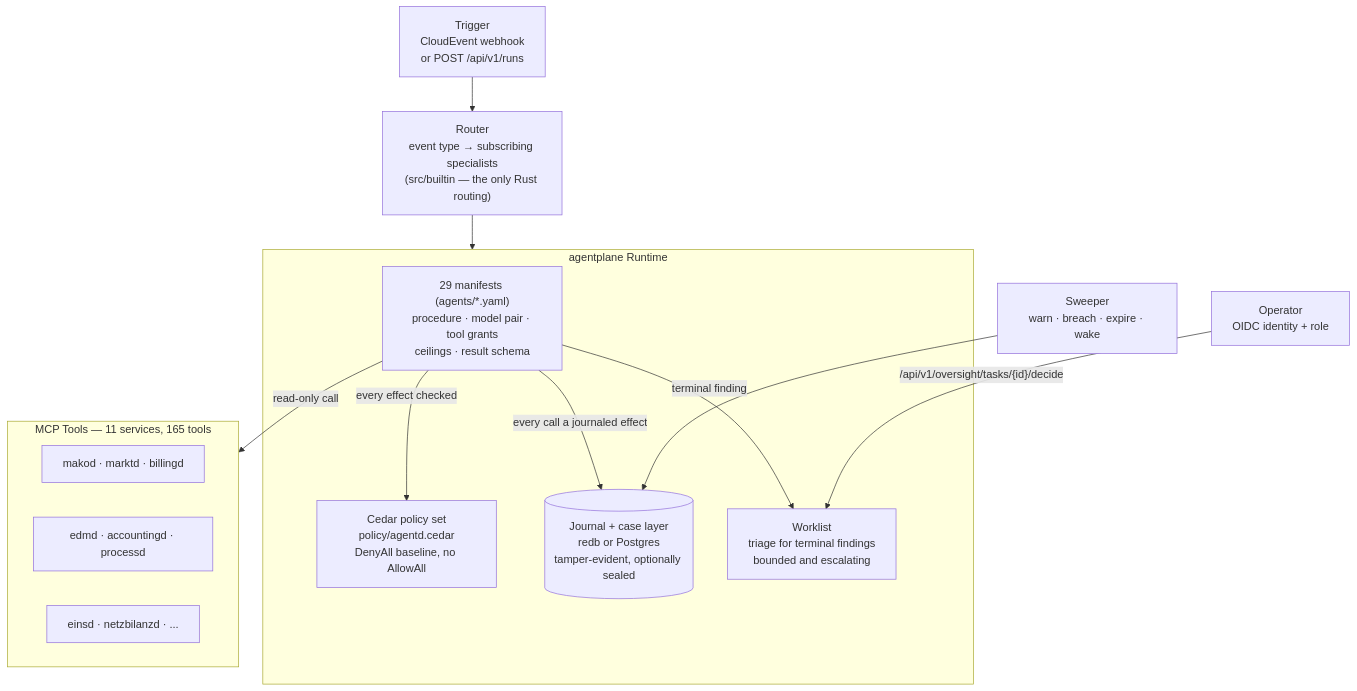
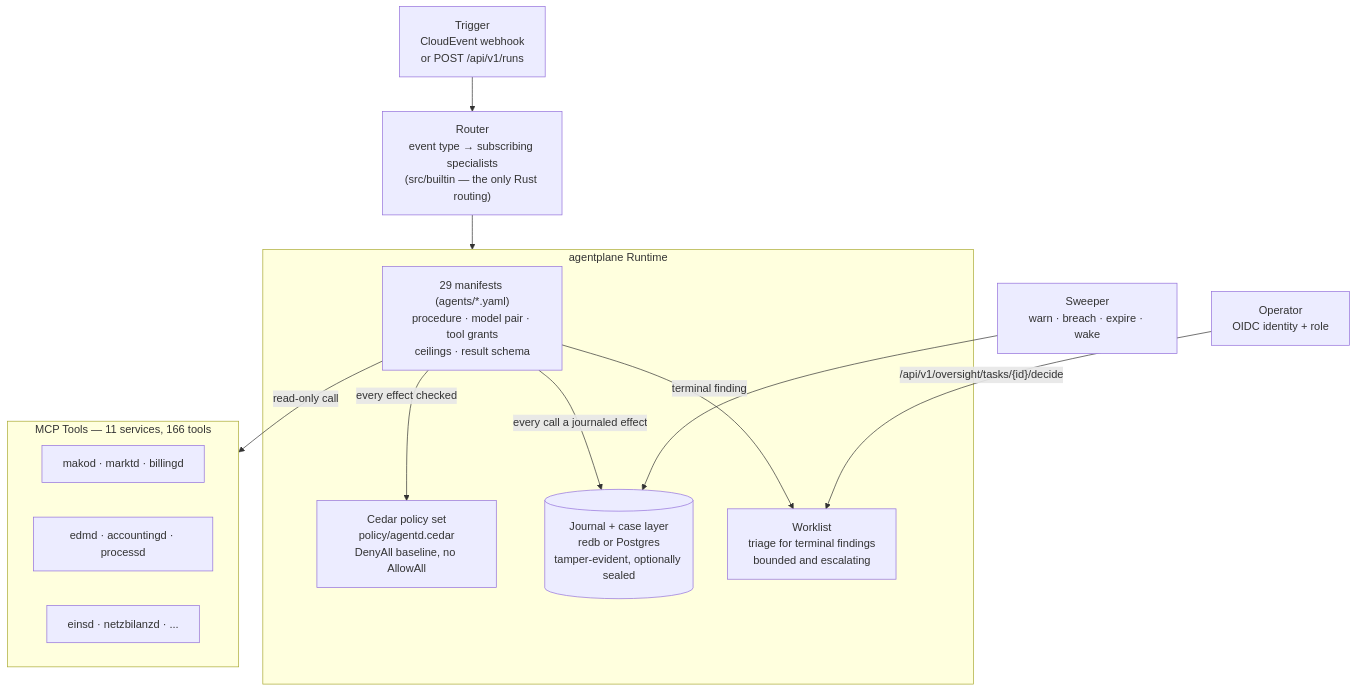
The first of 4 diagrams in site/content/docs/services/agentd.md (hupe1980/mako), drawn with Mermaid before and after one commit. The commit also changed other lines of this file and 313 other files, not shown here.

````diff
--- a/site/content/docs/services/agentd.md
+++ b/site/content/docs/services/agentd.md
@@ -401,29 +411,29 @@
 ```mermaid
 graph TB
     TRIGGER["Trigger<br/>CloudEvent webhook<br/>or POST /api/v1/runs"]
     ROUTER["Router<br/>event type → subscribing specialists<br/>(src/builtin — the only Rust routing)"]
 
     subgraph plane ["agentplane Runtime"]
         MANIFEST["29 manifests (agents/*.yaml)<br/>procedure · model pair · tool grants<br/>ceilings · result schema"]
         POLICY["Cedar policy set<br/>policy/agentd.cedar<br/>DenyAll baseline, no AllowAll"]
         JOURNAL[("Journal + case layer<br/>redb or Postgres<br/>tamper-evident, optionally sealed")]
         OVERSIGHT["Worklist<br/>triage for terminal findings<br/>bounded and escalating"]
     end
 
-    subgraph tools ["MCP Tools — 11 services, 165 tools"]
+    subgraph tools ["MCP Tools — 11 services, 166 tools"]
         T1["makod · marktd · billingd"]
         T2["edmd · accountingd · processd"]
         T3["einsd · netzbilanzd · ..."]
     end
 
     HUMAN["Operator<br/>OIDC identity + role"]
     SWEEP["Sweeper<br/>warn · breach · expire · wake"]
 
     TRIGGER --> ROUTER --> plane
     MANIFEST -->|"every effect checked"| POLICY
     MANIFEST -->|"every call a journaled effect"| JOURNAL
     MANIFEST -->|"terminal finding"| OVERSIGHT
     HUMAN -->|"/api/v1/oversight/tasks/{id}/decide"| OVERSIGHT
     SWEEP --> JOURNAL
     MANIFEST -->|"read-only call"| tools
 ```
````
